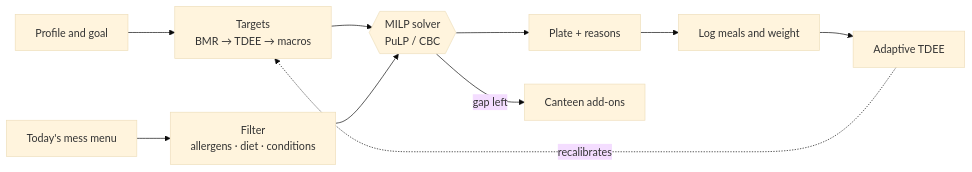
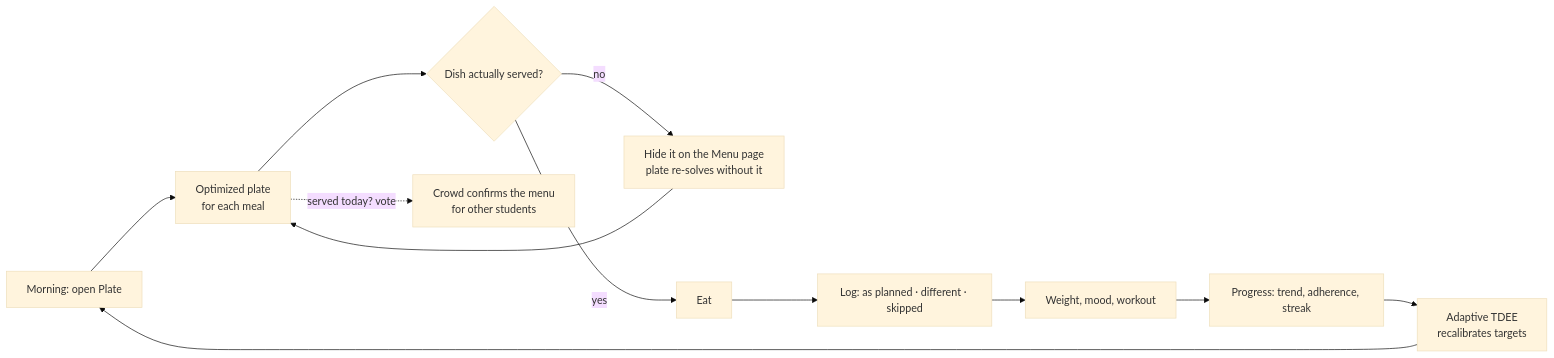
One commit to IDEA-Amrita/Mess-Fit changed the third of 14 diagrams in README.md. Above: the diagram before and after it, drawn with Mermaid (base theme). The commit also changed other lines of this file and 51 other files, not shown here.

First line of the commit message:
docs: system design, UML and database design in the README; Lucide icons

````diff
--- a/README.md
+++ b/README.md
@@ -130,12 +225,14 @@
 ```mermaid
 flowchart LR
-    P[Profile and goal] --> T[Targets<br/>BMR → TDEE → macros]
-    M[Today's mess menu] --> F[Filter<br/>allergens · diet · conditions]
-    T --> S{{MILP solver<br/>PuLP / CBC}}
-    F --> S
-    S --> R[Plate + reasons]
-    S -- gap left --> C[Canteen add-ons]
-    R --> L[Log meals and weight]
-    L --> A[Adaptive TDEE]
-    A -. recalibrates .-> T
+    M[Morning: open Plate] --> P[Optimized plate<br/>for each meal]
+    P --> V{Dish actually served?}
+    V -- no --> X[Hide it on the Menu page<br/>plate re-solves without it]
+    X --> P
+    V -- yes --> E[Eat]
+    P -. served today? vote .-> C[Crowd confirms the menu<br/>for other students]
+    E --> L[Log: as planned · different · skipped]
+    L --> W[Weight, mood, workout]
+    W --> R[Progress: trend, adherence, streak]
+    R --> T[Adaptive TDEE<br/>recalibrates targets]
+    T --> M
 ```
````
